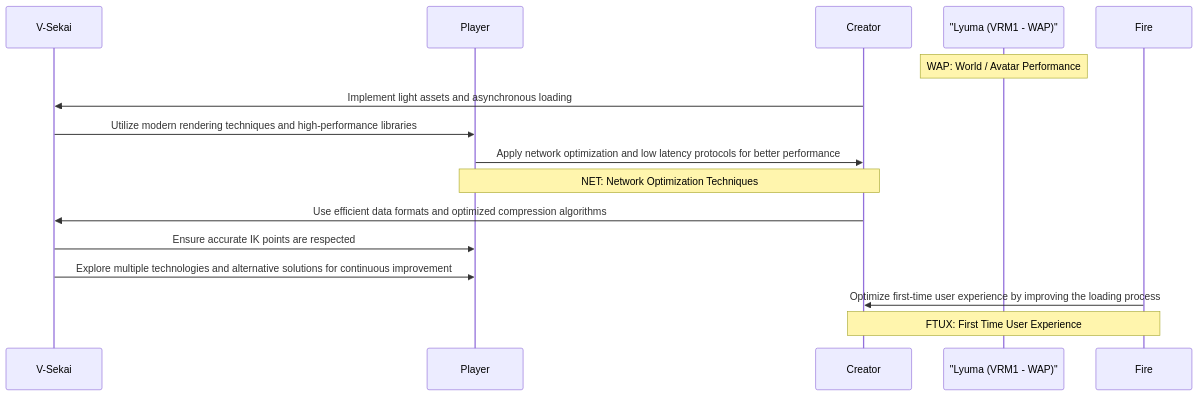
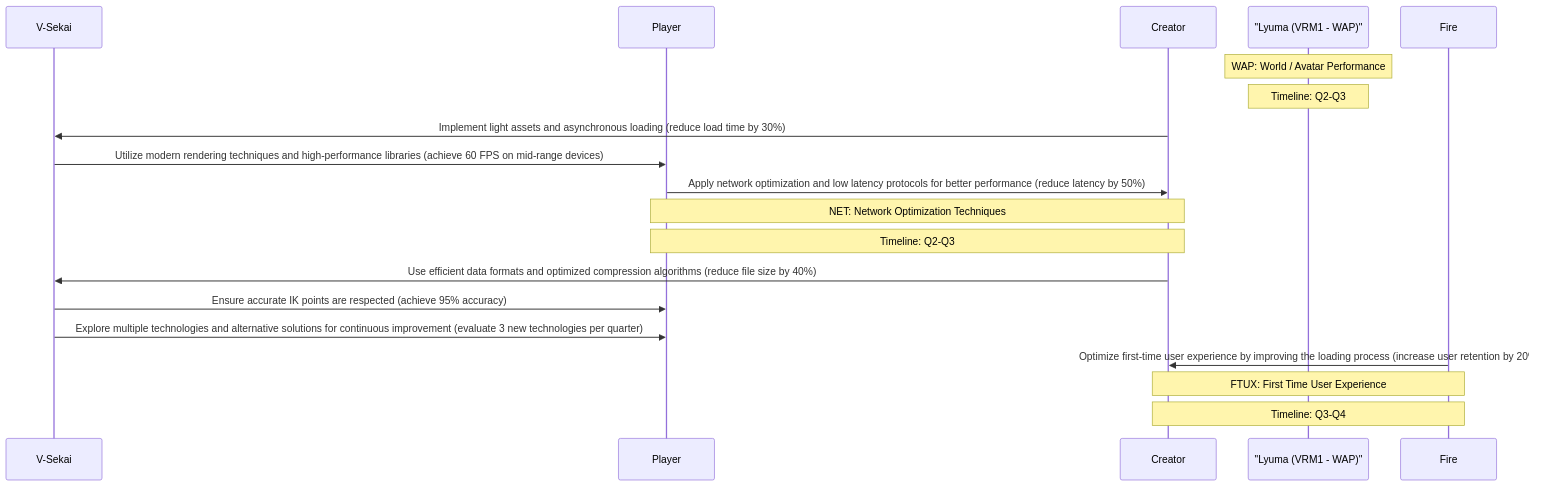
One commit to V-Sekai/manuals changed the diagram in decisions/20230618-v-sekai-roadmap.md. Above: the diagram before and after it, drawn with Mermaid.

Commit message:
Add time line.

````diff
--- a/decisions/20230618-v-sekai-roadmap.md
+++ b/decisions/20230618-v-sekai-roadmap.md
@@ -23,23 +23,26 @@
 ```mermaid
 sequenceDiagram
     participant V-Sekai
     participant Player
     participant Creator
     participant Lyuma as "Lyuma (VRM1 - WAP)"
     participant Fire
 
     Note over Lyuma: WAP: World / Avatar Performance
+    Note over Lyuma: Timeline: Q2-Q3
 
-    Creator->>V-Sekai: Implement light assets and asynchronous loading
-    V-Sekai->>Player: Utilize modern rendering techniques and high-performance libraries
-    Player->>Creator: Apply network optimization and low latency protocols for better performance
+    Creator->>V-Sekai: Implement light assets and asynchronous loading (reduce load time by 30%)
+    V-Sekai->>Player: Utilize modern rendering techniques and high-performance libraries (achieve 60 FPS on mid-range devices)
+    Player->>Creator: Apply network optimization and low latency protocols for better performance (reduce latency by 50%)
 
     Note over Player, Creator: NET: Network Optimization Techniques
+    Note over Player, Creator: Timeline: Q2-Q3
 
-    Creator->>V-Sekai: Use efficient data formats and optimized compression algorithms
-    V-Sekai->>Player: Ensure accurate IK points are respected
-    V-Sekai->>Player: Explore multiple technologies and alternative solutions for continuous improvement
-    Fire->>Creator: Optimize first-time user experience by improving the loading process
+    Creator->>V-Sekai: Use efficient data formats and optimized compression algorithms (reduce file size by 40%)
+    V-Sekai->>Player: Ensure accurate IK points are respected (achieve 95% accuracy)
+    V-Sekai->>Player: Explore multiple technologies and alternative solutions for continuous improvement (evaluate 3 new technologies per quarter)
+    Fire->>Creator: Optimize first-time user experience by improving the loading process (increase user retention by 20%)
 
     Note over Fire, Creator: FTUX: First Time User Experience
+    Note over Fire, Creator: Timeline: Q3-Q4
 ```
````
